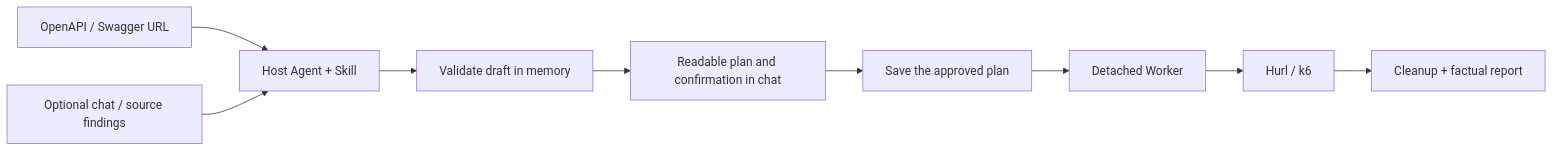
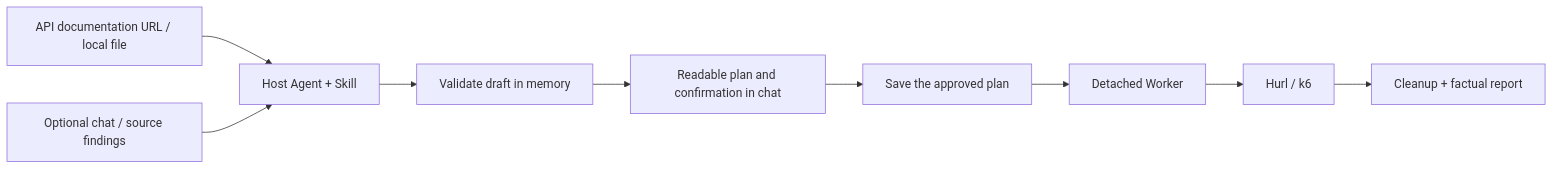
Before and after one commit to xucailiang/horus: the diagram in docs/architecture.md, drawn with Mermaid. The commit also changed 4 other files, not shown here.

Commit message:
docs: describe importing API documentation from links or files

````diff
--- a/docs/architecture.md
+++ b/docs/architecture.md
@@ -7,11 +7,11 @@
 ```mermaid
 flowchart LR
-    API[OpenAPI / Swagger URL] --> Agent[Host Agent + Skill]
+    API[API documentation URL / local file] --> Agent[Host Agent + Skill]
     Context[Optional chat / source findings] --> Agent
     Agent --> Draft[Validate draft in memory]
     Draft --> Review[Readable plan and confirmation in chat]
     Review --> Plan[Save the approved plan]
     Plan --> Worker[Detached Worker]
     Worker --> Engines[Hurl / k6]
     Engines --> Report[Cleanup + factual report]
 ```
````
